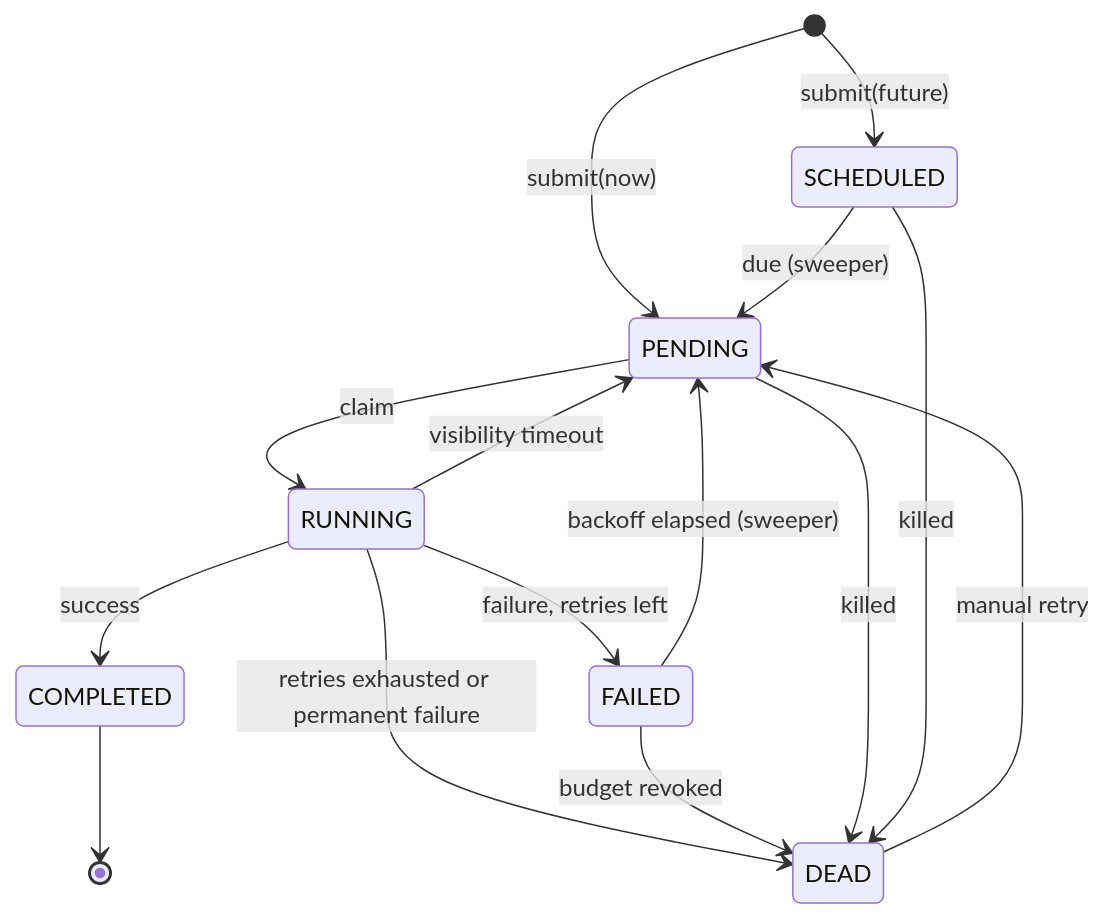
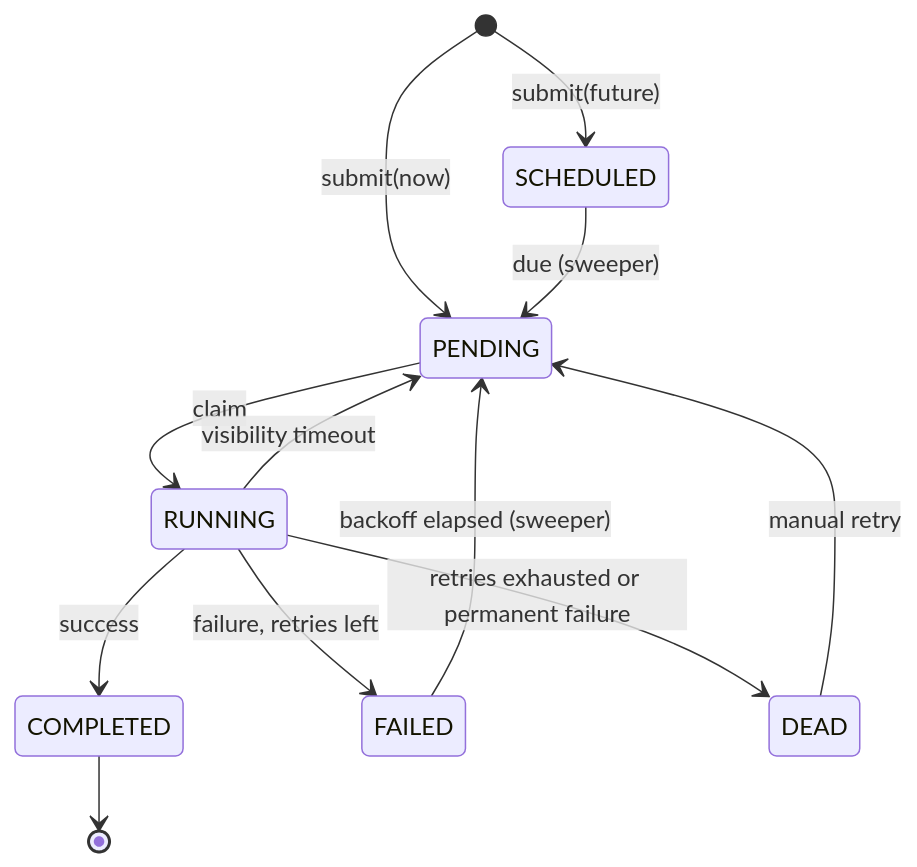
Before and after one commit to maltemindedal/dispatch: the diagram in docs/architecture/job-lifecycle.md, drawn with Mermaid. The commit also changed other lines of this file and 8 other files, not shown here.

````diff
--- a/docs/architecture/job-lifecycle.md
+++ b/docs/architecture/job-lifecycle.md
@@ -8,19 +8,16 @@
 ```mermaid
 stateDiagram-v2
     [*] --> PENDING : submit(now)
     [*] --> SCHEDULED : submit(future)
 
     SCHEDULED --> PENDING : due (sweeper)
     PENDING --> RUNNING : claim
     RUNNING --> COMPLETED : success
     RUNNING --> FAILED : failure, retries left
     RUNNING --> DEAD : retries exhausted or permanent failure
     RUNNING --> PENDING : visibility timeout
     FAILED --> PENDING : backoff elapsed (sweeper)
-    FAILED --> DEAD : budget revoked
-    PENDING --> DEAD : killed
-    SCHEDULED --> DEAD : killed
     DEAD --> PENDING : manual retry
 
     COMPLETED --> [*]
 ```
````
